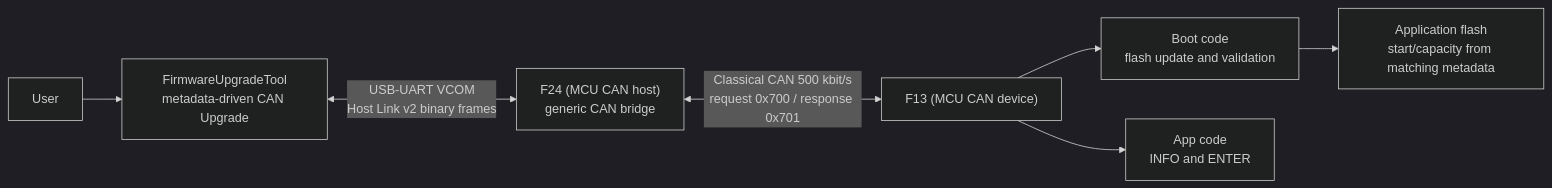
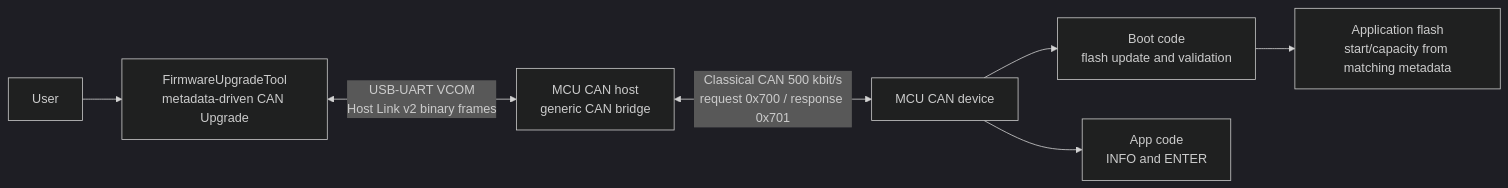
The first of 10 diagrams in docs/F13_BOOT_UPDATE_FLOW_zh-TW.md (released/simple_renesas_isp_tool), drawn with Mermaid (dark theme) before and after one commit. The commit also changed other lines of this file and 41 other files, not shown here.

````diff
--- a/docs/F13_BOOT_UPDATE_FLOW_zh-TW.md
+++ b/docs/F13_BOOT_UPDATE_FLOW_zh-TW.md
@@ -59,9 +15,9 @@
 ```mermaid
 flowchart LR
     USER["User"] --> TOOL["FirmwareUpgradeTool<br/>metadata-driven CAN Upgrade"]
-    TOOL <-->|"USB-UART VCOM<br/>Host Link v2 binary frames"| F24["F24 (MCU CAN host)<br/>generic CAN bridge"]
-    F24 <-->|"Classical CAN 500 kbit/s<br/>request 0x700 / response 0x701"| F13["F13 (MCU CAN device)"]
-    F13 --> BOOT["Boot code<br/>flash update and validation"]
-    F13 --> APP["App code<br/>INFO and ENTER"]
+    TOOL <-->|"USB-UART VCOM<br/>Host Link v2 binary frames"| HOST["MCU CAN host<br/>generic CAN bridge"]
+    HOST <-->|"Classical CAN 500 kbit/s<br/>request 0x700 / response 0x701"| DEVICE["MCU CAN device"]
+    DEVICE --> BOOT["Boot code<br/>flash update and validation"]
+    DEVICE --> APP["App code<br/>INFO and ENTER"]
     BOOT --> FLASH["Application flash<br/>start/capacity from matching metadata"]
 ```
````
